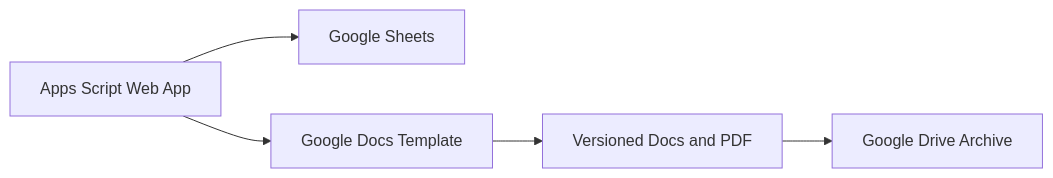
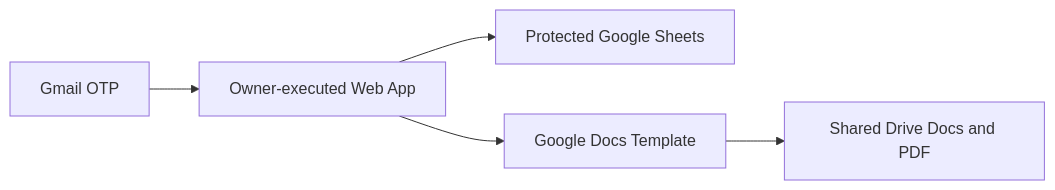
One commit to nabillafa/GovProcurement-Indonesia changed the diagram in README.md. Above: the diagram before and after it, drawn with Mermaid. The commit also changed other lines of this file, not shown here.

````diff
--- a/README.md
+++ b/README.md
@@ -22,7 +25,7 @@
 ```mermaid
 flowchart LR
-    A[Apps Script Web App] --> B[Google Sheets]
-    A --> C[Google Docs Template]
-    C --> D[Versioned Docs and PDF]
-    D --> E[Google Drive Archive]
+    A[Gmail OTP] --> B[Owner-executed Web App]
+    B --> C[Protected Google Sheets]
+    B --> D[Google Docs Template]
+    D --> E[Shared Drive Docs and PDF]
 ```
````
